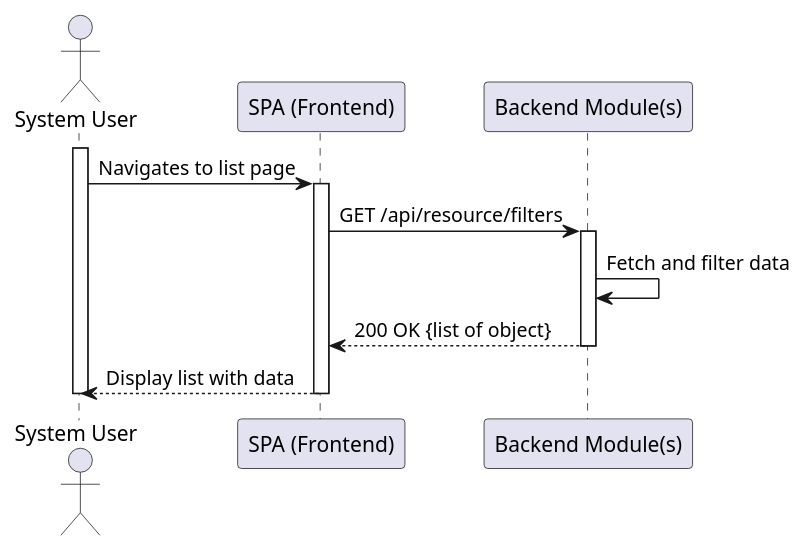
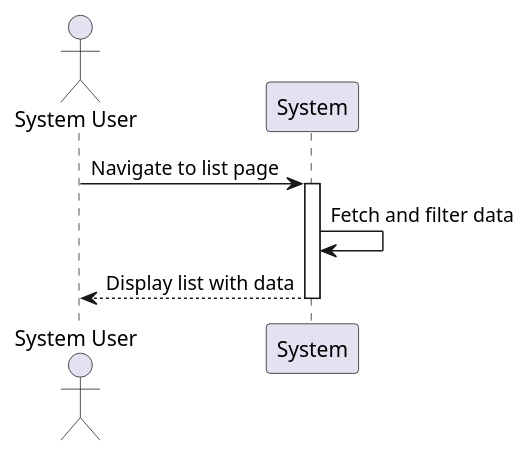
The diagram in docs/sprint2/level1/process_view/US3.1.5/SD_US3.1.5_list_object.puml (Departamento-de-Engenharia-Informatica/LEI-SEM5-PI-2025-26-3DK-04), drawn with PlantUML before and after one commit. The commit also changed 33 other files, not shown here.

```diff
--- a/docs/sprint2/level1/process_view/US3.1.5/SD_US3.1.5_list_object.puml
+++ b/docs/sprint2/level1/process_view/US3.1.5/SD_US3.1.5_list_object.puml
@@ -1,16 +1,10 @@
 @startuml system_sequence_diagram_list
 actor "System User" as User
-participant "SPA (Frontend)" as Frontend
-participant "Backend Module(s)" as Backend
-activate User
-User -> Frontend: Navigates to list page
-activate Frontend
-Frontend -> Backend: GET /api/resource/filters
-activate Backend
-Backend -> Backend: Fetch and filter data
-Backend --> Frontend: 200 OK {list of object}
-deactivate Backend
-Frontend --> User: Display list with data
-deactivate Frontend
-deactivate User
+participant "System" as System
+
+User -> System: Navigate to list page
+activate System
+System -> System: Fetch and filter data
+System --> User: Display list with data
+deactivate System
 @enduml
```
